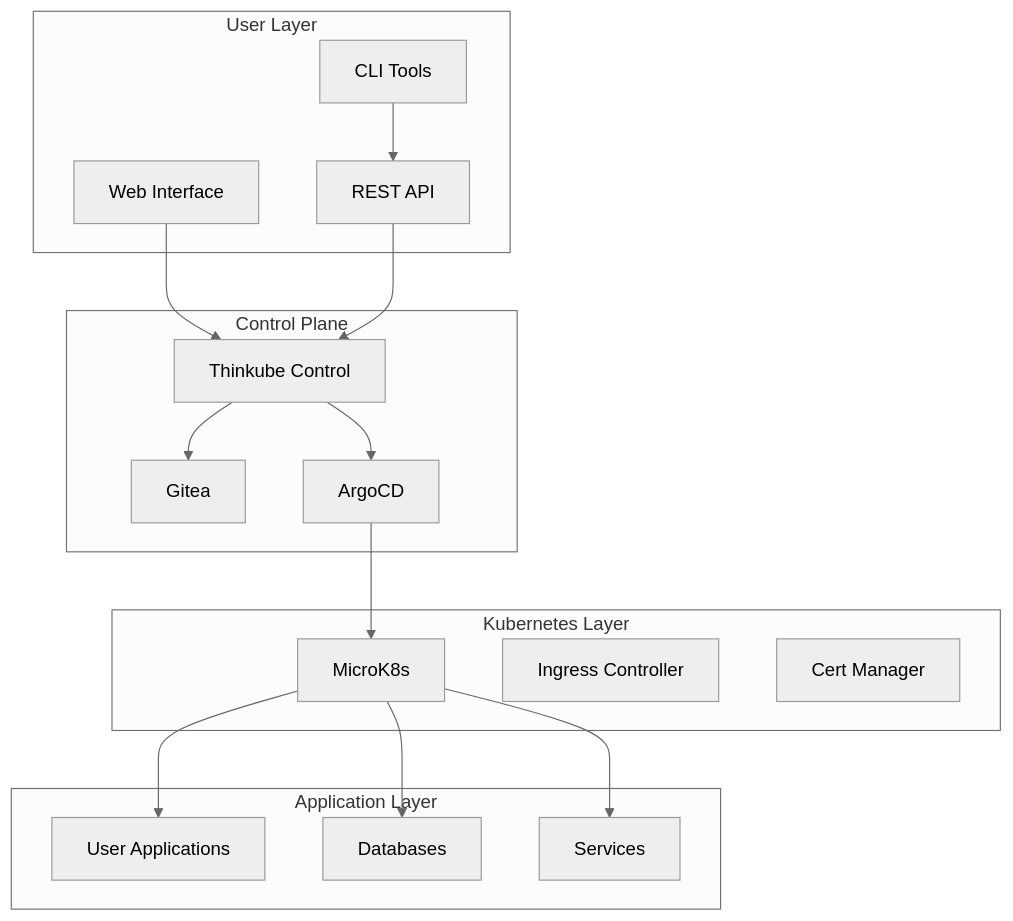
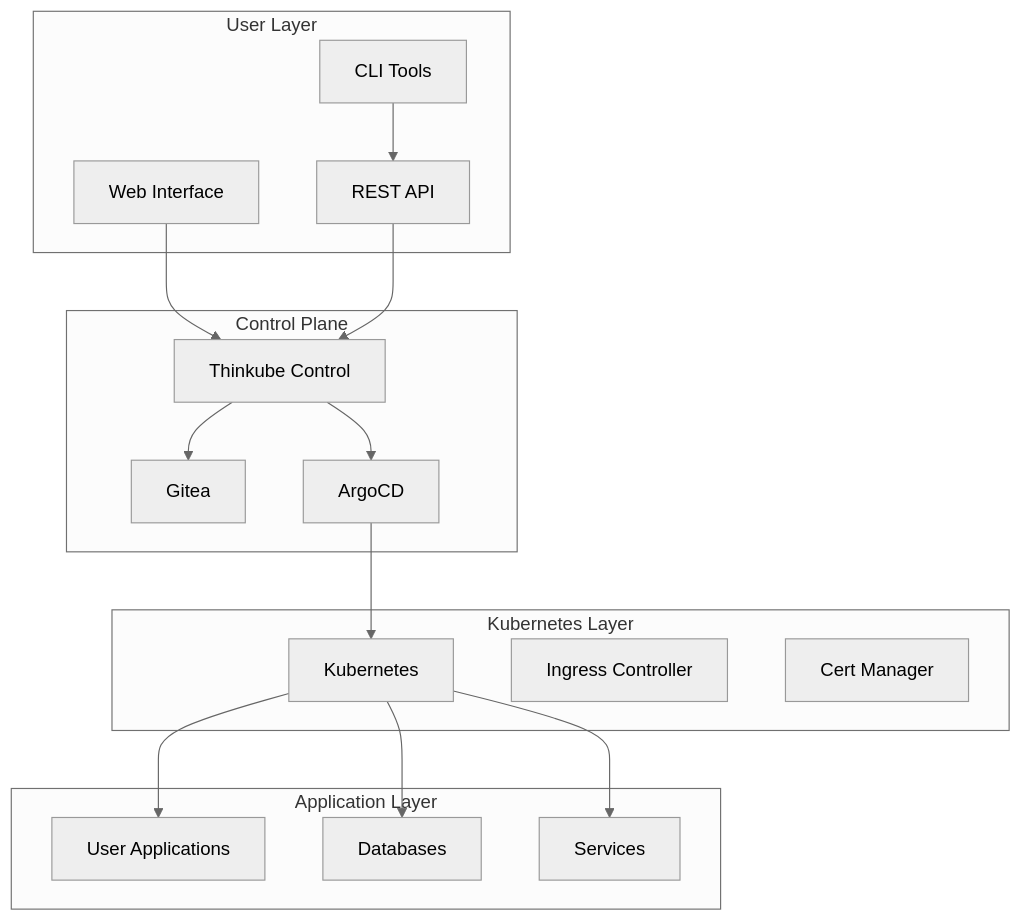
One commit to thinkube/thinkube.org changed the diagram in src/content/docs/architecture/index.md. Above: the diagram before and after it, drawn with Mermaid (neutral theme). The commit also changed other lines of this file and 34 other files, not shown here.

````diff
--- a/src/content/docs/architecture/index.md
+++ b/src/content/docs/architecture/index.md
@@ -20,36 +20,36 @@
 ```mermaid
 graph TB
     subgraph "User Layer"
         UI[Web Interface]
         CLI[CLI Tools]
         API[REST API]
     end
     
     subgraph "Control Plane"
         TC[Thinkube Control]
         Gitea[Gitea]
         ArgoCD[ArgoCD]
     end
     
     subgraph "Kubernetes Layer"
-        K8s[MicroK8s]
+        K8s[Kubernetes]
         Ingress[Ingress Controller]
         CertMgr[Cert Manager]
     end
     
     subgraph "Application Layer"
         Apps[User Applications]
         DBs[Databases]
         Services[Services]
     end
     
     UI --> TC
     CLI --> API
     API --> TC
     TC --> Gitea
     TC --> ArgoCD
     ArgoCD --> K8s
     K8s --> Apps
     K8s --> DBs
     K8s --> Services
 ```
````
